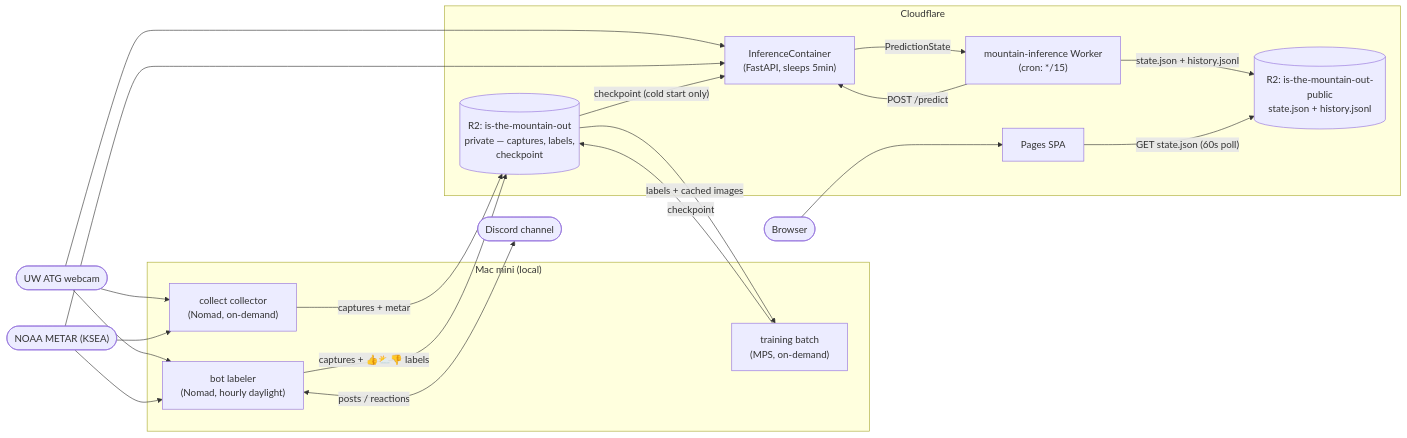
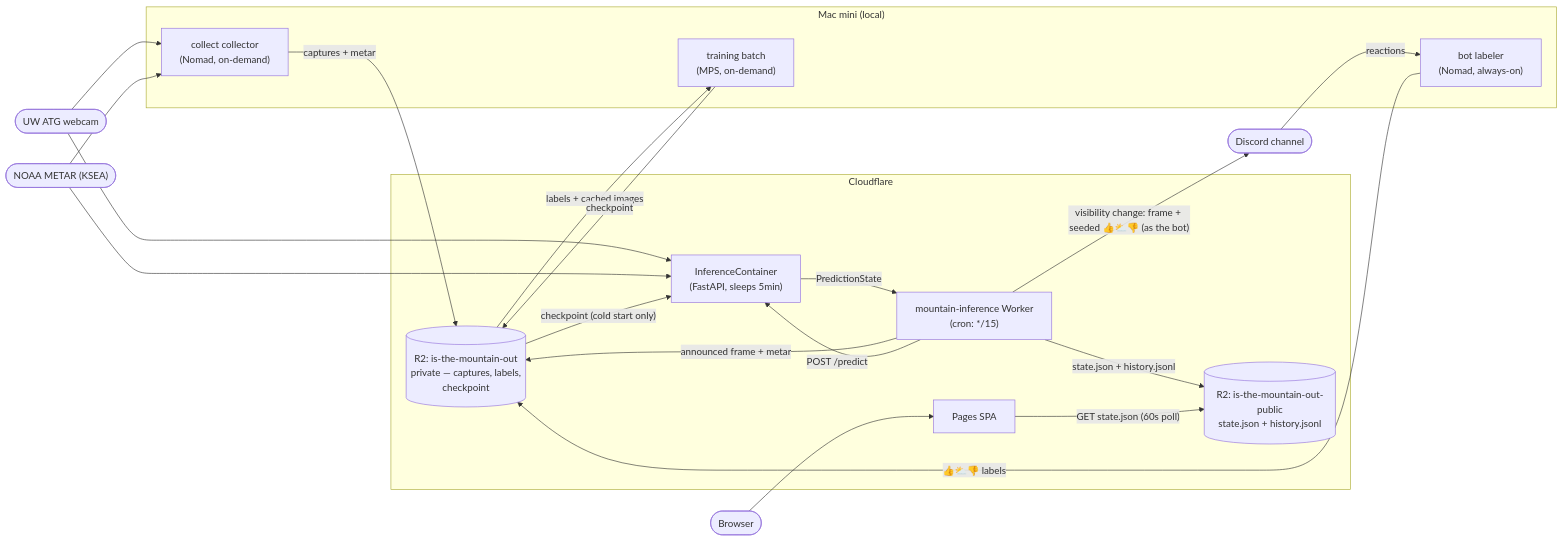
One commit to robogeosociety/is-the-mountain-out changed the first of 3 diagrams in README.md. Above: the diagram before and after it, drawn with Mermaid. The commit also changed other lines of this file and 14 other files, not shown here.

````diff
--- a/README.md
+++ b/README.md
@@ -13,38 +13,38 @@
 ```mermaid
 flowchart LR
   subgraph local["Mac mini (local)"]
     collector["collect collector<br/>(Nomad, on-demand)"]
-    labeler["bot labeler<br/>(Nomad, hourly daylight)"]
+    labeler["bot labeler<br/>(Nomad, always-on)"]
     trainer["training batch<br/>(MPS, on-demand)"]
   end
 
   subgraph cf["Cloudflare"]
     worker["mountain-inference Worker<br/>(cron: */15)"]
     container["InferenceContainer<br/>(FastAPI, sleeps 5min)"]
     r2priv[("R2: is-the-mountain-out<br/>private — captures, labels,<br/>checkpoint")]
     r2pub[("R2: is-the-mountain-out-public<br/>state.json + history.jsonl")]
     pages["Pages SPA"]
   end
 
   webcam(["UW ATG webcam"]) --> collector
   metar(["NOAA METAR (KSEA)"]) --> collector
   collector -- "captures + metar" --> r2priv
 
-  webcam --> labeler
-  metar --> labeler
-  labeler -- "captures + 👍⛅👎 labels" --> r2priv
-  labeler <-- "posts / reactions" --> discord(["Discord channel"])
+  worker -- "visibility change: frame + seeded 👍⛅👎 (as the bot)" --> discord(["Discord channel"])
+  worker -- "announced frame + metar" --> r2priv
+  discord -- "reactions" --> labeler
+  labeler -- "👍⛅👎 labels" --> r2priv
 
   r2priv -- "labels + cached images" --> trainer
   trainer -- "checkpoint" --> r2priv
 
   worker -- "POST /predict" --> container
   webcam --> container
   metar --> container
   r2priv -- "checkpoint (cold start only)" --> container
   container -- "PredictionState" --> worker
   worker -- "state.json + history.jsonl" --> r2pub
 
   browser(["Browser"]) --> pages
   pages -- "GET state.json (60s poll)" --> r2pub
 ```
````
